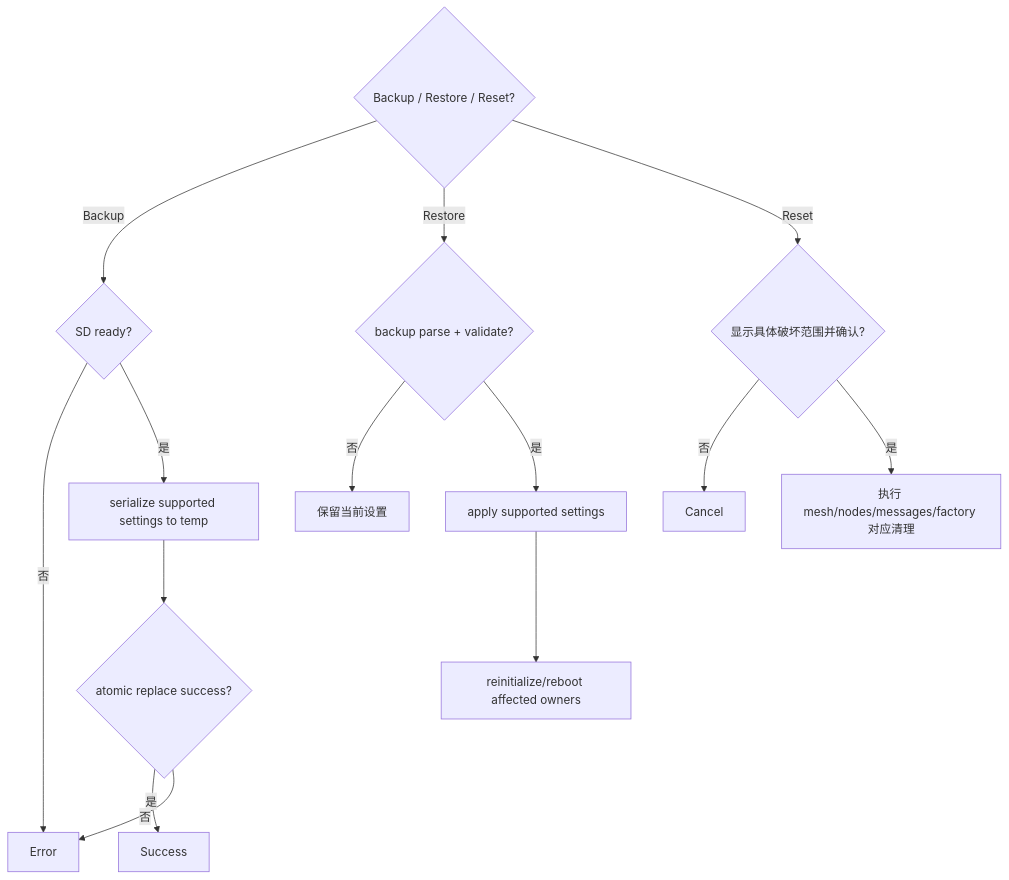
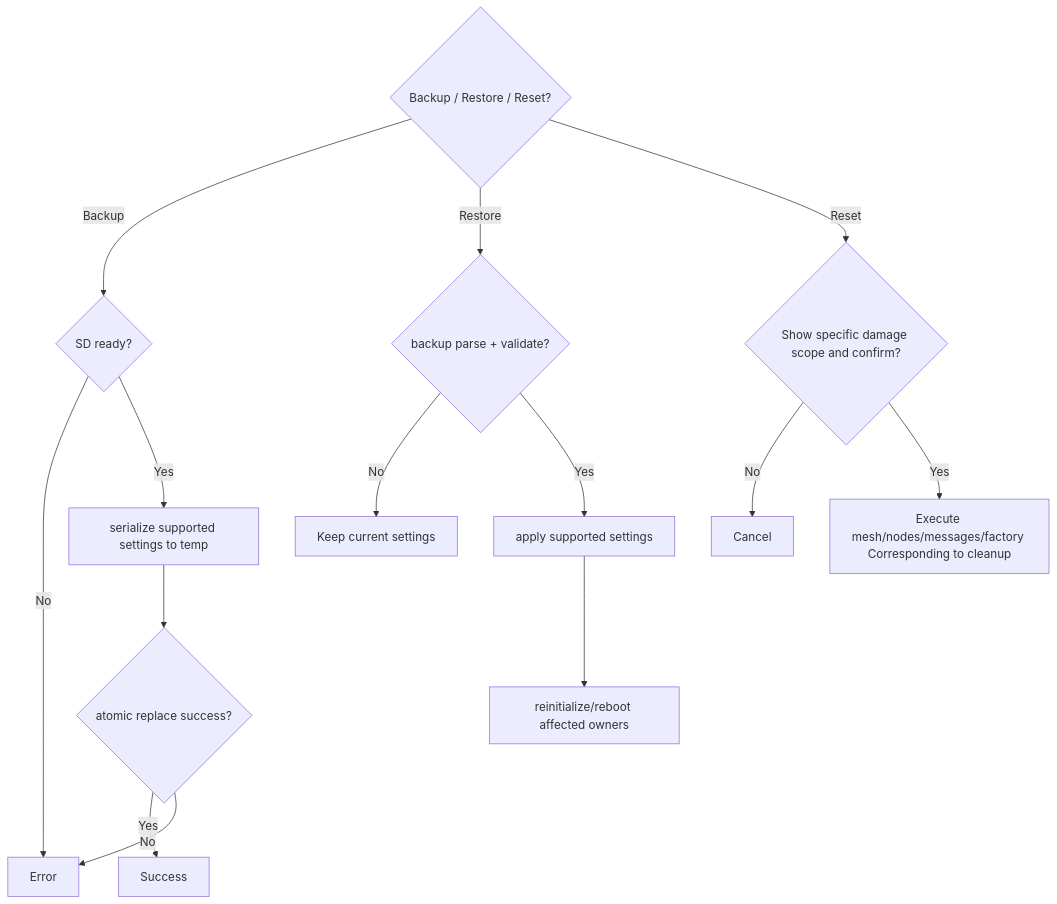
One commit to manmuqingshan/trail-mate changed the diagram in docs/design/use-case-diagrams/backup-restore-settings/activity.md. Above: the diagram before and after it, drawn with Mermaid. The commit also changed other lines of this file and 527 other files, not shown here.

````diff
--- a/docs/design/use-case-diagrams/backup-restore-settings/activity.md
+++ b/docs/design/use-case-diagrams/backup-restore-settings/activity.md
@@ -2,17 +2,17 @@
 ```mermaid
 flowchart TD
   Intent{"Backup / Restore / Reset?"}
   Intent -- Backup --> SD{"SD ready?"}
-  SD -- 否 --> Error
-  SD -- 是 --> Temp["serialize supported settings to temp"]
+ SD -- No --> Error
+ SD -- Yes --> Temp["serialize supported settings to temp"]
   Temp --> Atomic{"atomic replace success?"}
-  Atomic -- 是 --> Success
-  Atomic -- 否 --> Error
+ Atomic -- Yes --> Success
+ Atomic -- No --> Error
   Intent -- Restore --> Parse{"backup parse + validate?"}
-  Parse -- 否 --> Keep["保留当前设置"]
-  Parse -- 是 --> Apply["apply supported settings"]
+ Parse -- No --> Keep["Keep current settings"]
+ Parse -- Yes --> Apply["apply supported settings"]
   Apply --> Reinit["reinitialize/reboot affected owners"]
-  Intent -- Reset --> Confirm{"显示具体破坏范围并确认?"}
-  Confirm -- 否 --> Cancel
-  Confirm -- 是 --> Scoped["执行 mesh/nodes/messages/factory 对应清理"]
+ Intent -- Reset --> Confirm{"Show specific damage scope and confirm?"}
+ Confirm -- No --> Cancel
+ Confirm -- Yes --> Scoped["Execute mesh/nodes/messages/factory Corresponding to cleanup"]
 ```
````
